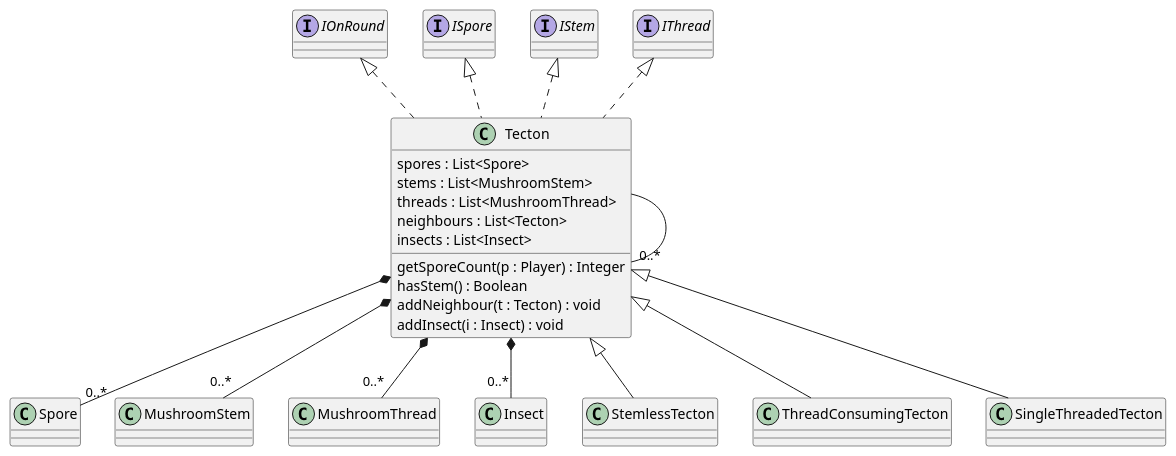
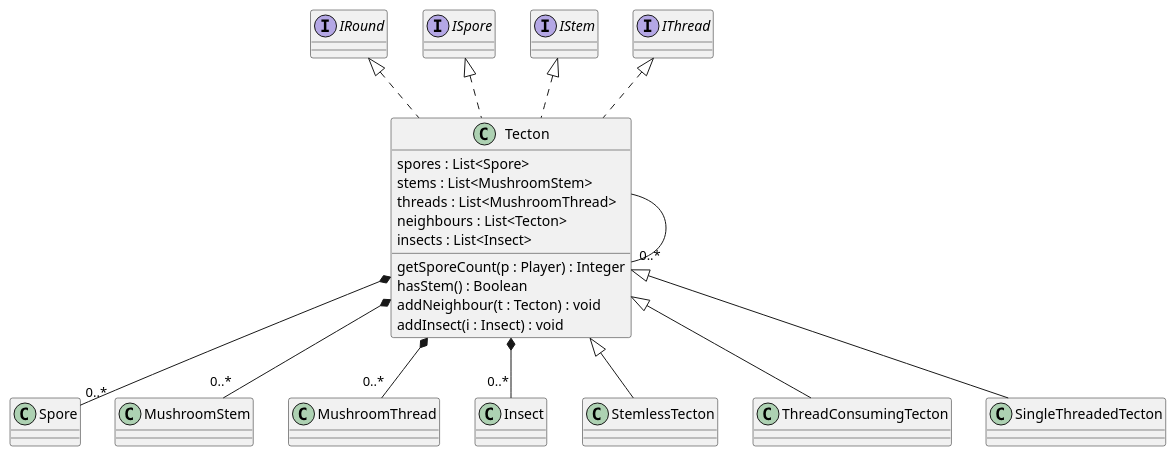
One commit to Petya-G/fungorium changed the diagram in 5/classes/core/tecton.puml. Above: the diagram before and after it, drawn with PlantUML.

Commit message:
another fix

```diff
--- a/5/classes/core/tecton.puml
+++ b/5/classes/core/tecton.puml
@@ -1,23 +1,23 @@
 @startuml tecton
 
 Tecton *-- "0..*" Spore
 Tecton *-- "0..*" MushroomStem
 Tecton *-- "0..*" MushroomThread
 Tecton *-- "0..*" Insect
 Tecton --- "0..*" Tecton
-class Tecton implements IOnRound, ISpore, IStem, IThread{
+class Tecton implements IRound, ISpore, IStem, IThread{
     spores : List<Spore>
     stems : List<MushroomStem>
     threads : List<MushroomThread>
     neighbours : List<Tecton>
     insects : List<Insect>
     getSporeCount(p : Player) : Integer
     hasStem() : Boolean
     addNeighbour(t : Tecton) : void
     addInsect(i : Insect) : void
 }
 
 class StemlessTecton extends Tecton {}
 class ThreadConsumingTecton extends Tecton {}
 class SingleThreadedTecton extends Tecton {}
 @enduml
```
